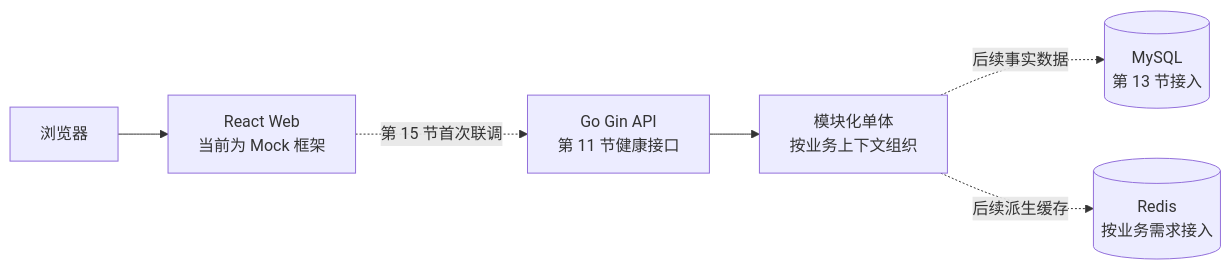
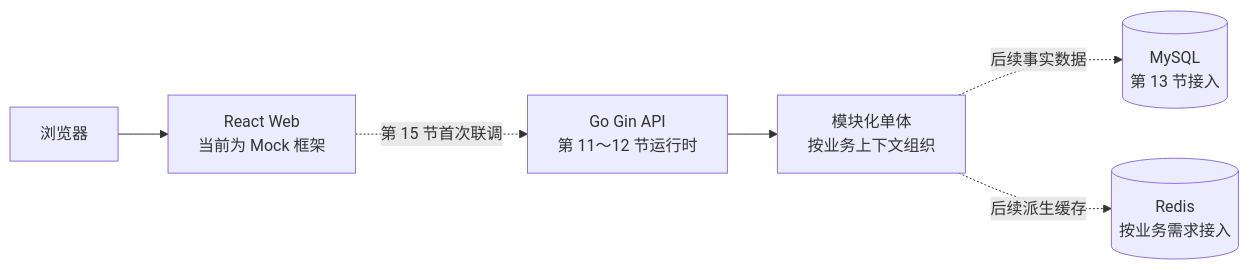
The fifth of 5 diagrams in docs/product/system-design-v0.md (Atingaii/GrowthOS-Go), drawn with Mermaid before and after one commit. The commit also changed other lines of this file and 18 other files, not shown here.

````diff
--- a/docs/product/system-design-v0.md
+++ b/docs/product/system-design-v0.md
@@ -189,15 +189,15 @@
 ```mermaid
 flowchart LR
     BROWSER[浏览器]
     WEB[React Web\n当前为 Mock 框架]
-    API[Go Gin API\n第 11 节健康接口]
+    API[Go Gin API\n第 11～12 节运行时]
     MODULES[模块化单体\n按业务上下文组织]
     MYSQL[(MySQL\n第 13 节接入)]
     REDIS[(Redis\n按业务需求接入)]
 
     BROWSER --> WEB
     WEB -.第 15 节首次联调.-> API
     API --> MODULES
     MODULES -.后续事实数据.-> MYSQL
     MODULES -.后续派生缓存.-> REDIS
 ```
````
